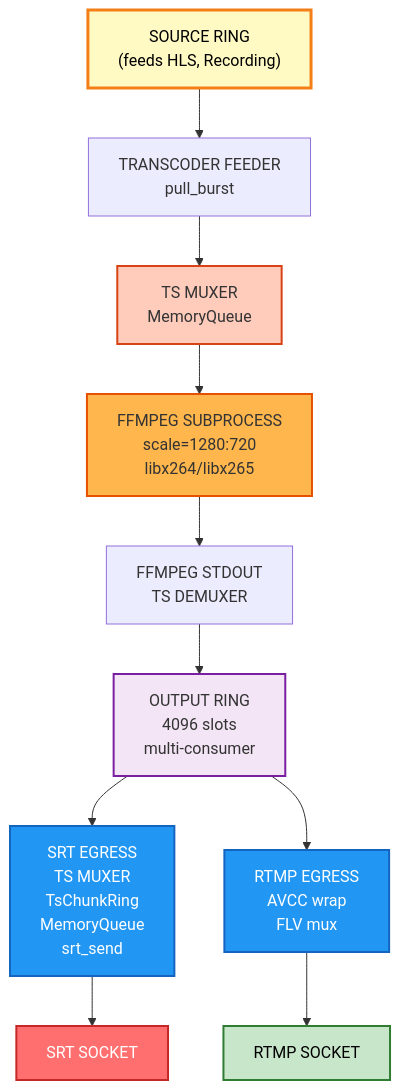
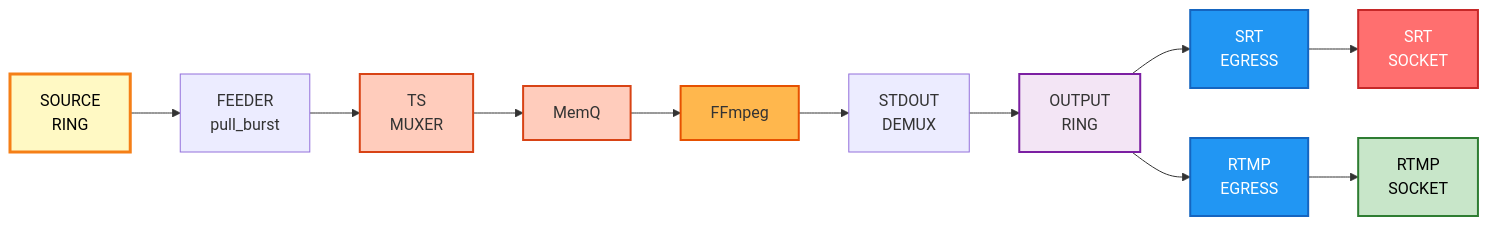
One commit to live-miracles/restream changed diagram 16 of 24 in docs/run-to-completion-analysis.md. Above: the diagram before and after it, drawn with Mermaid. The commit also changed other lines of this file, not shown here.

First line of the commit message:
Restructure diagrams to use horizontal layout for vertical space efficiency

````diff
--- a/docs/run-to-completion-analysis.md
+++ b/docs/run-to-completion-analysis.md
@@ -755,28 +629,17 @@
 ```mermaid
-graph TD
-    A["SOURCE RING<br/>(feeds HLS, Recording)"]
-    B["TRANSCODER FEEDER<br/>pull_burst"]
-    C["TS MUXER<br/>MemoryQueue"]
-    D["FFMPEG SUBPROCESS<br/>scale=1280:720<br/>libx264/libx265"]
-    E["FFMPEG STDOUT<br/>TS DEMUXER"]
-    F["OUTPUT RING<br/>4096 slots<br/>multi-consumer"]
-    
-    G["SRT EGRESS<br/>TS MUXER<br/>TsChunkRing<br/>MemoryQueue<br/>srt_send"]
-    H["SRT SOCKET"]
-    
-    I["RTMP EGRESS<br/>AVCC wrap<br/>FLV mux"]
-    J["RTMP SOCKET"]
-    
-    A --> B --> C --> D --> E --> F
-    F --> G --> H
-    F --> I --> J
+graph LR
+    A["SOURCE<br/>RING"] --> B["FEEDER<br/>pull_burst"] --> C["TS<br/>MUXER"] --> D["MemQ"] --> E["FFmpeg"]
+    E --> F["STDOUT<br/>DEMUX"] --> G["OUTPUT<br/>RING"]
+    G --> H["SRT<br/>EGRESS"] --> I["SRT<br/>SOCKET"]
+    G --> J["RTMP<br/>EGRESS"] --> K["RTMP<br/>SOCKET"]
     
     style A fill:#fff9c4,stroke:#f57f17,stroke-width:3px,color:#000
     style C fill:#ffccbc,stroke:#d84315,stroke-width:2px,color:#333
-    style D fill:#ffb74d,stroke:#e65100,stroke-width:2px,color:#333
-    style F fill:#f3e5f5,stroke:#7b1fa2,stroke-width:2px,color:#333
-    style G fill:#2196f3,stroke:#1565c0,stroke-width:2px,color:#fff
-    style I fill:#2196f3,stroke:#1565c0,stroke-width:2px,color:#fff
-    style H fill:#ff6f6f,stroke:#c62828,stroke-width:2px,color:#fff
-    style J fill:#c8e6c9,stroke:#2e7d32,stroke-width:2px,color:#000
+    style D fill:#ffccbc,stroke:#d84315,stroke-width:2px,color:#333
+    style E fill:#ffb74d,stroke:#e65100,stroke-width:2px,color:#333
+    style G fill:#f3e5f5,stroke:#7b1fa2,stroke-width:2px,color:#333
+    style H fill:#2196f3,stroke:#1565c0,stroke-width:2px,color:#fff
+    style J fill:#2196f3,stroke:#1565c0,stroke-width:2px,color:#fff
+    style I fill:#ff6f6f,stroke:#c62828,stroke-width:2px,color:#fff
+    style K fill:#c8e6c9,stroke:#2e7d32,stroke-width:2px,color:#000
 ```
````
